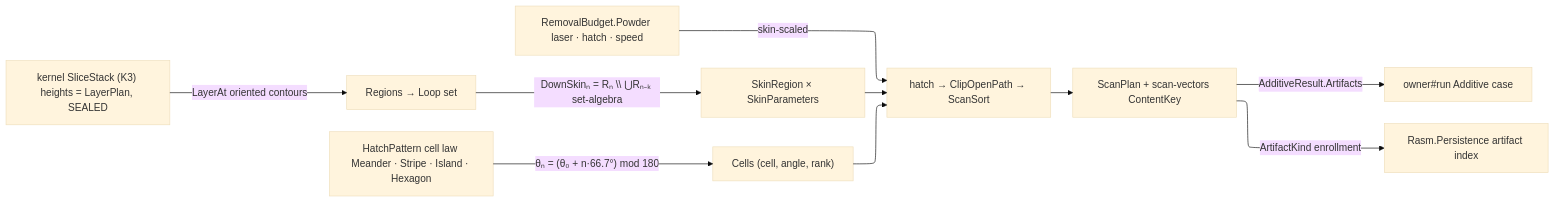
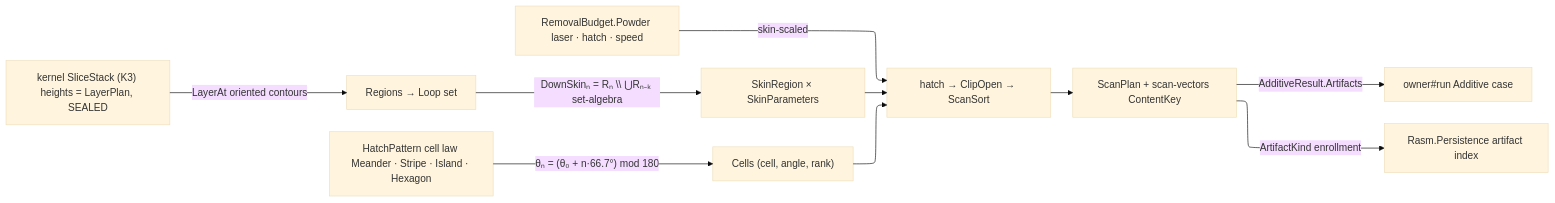
One commit to bsamiee/Rasm changed the diagram in libs/csharp/Rasm.Fabrication/.planning/Additive/scanpath.md. Above: the diagram before and after it, drawn with Mermaid. The commit also changed other lines of this file and 181 other files, not shown here.

````diff
--- a/libs/csharp/Rasm.Fabrication/.planning/Additive/scanpath.md
+++ b/libs/csharp/Rasm.Fabrication/.planning/Additive/scanpath.md
@@ -347,17 +347,17 @@
 ```mermaid
 ---
 config:
   layout: elk
   theme: base
 ---
 flowchart LR
     Stack["kernel SliceStack (K3) heights = LayerPlan, SEALED"] -->|LayerAt oriented contours| Regions["Regions → Loop set"]
     Regions -->|"DownSkinₙ = Rₙ \\ ⋃Rₙ₋ₖ set-algebra"| Skins["SkinRegion × SkinParameters"]
     Pattern["HatchPattern cell law Meander · Stripe · Island · Hexagon"] -->|"θₙ = (θ₀ + n·66.7°) mod 180"| Cells["Cells (cell, angle, rank)"]
-    Skins --> Hatch["hatch → ClipOpenPath → ScanSort"]
+    Skins --> Hatch["hatch → ClipOpen → ScanSort"]
     Cells --> Hatch
     Budget["RemovalBudget.Powder laser · hatch · speed"] -->|skin-scaled| Hatch
     Hatch --> PlanNode["ScanPlan + scan-vectors ContentKey"]
     PlanNode -->|AdditiveResult.Artifacts| Owner["owner#run Additive case"]
     PlanNode -->|ArtifactKind enrollment| Persist["Rasm.Persistence artifact index"]
 ```
````
